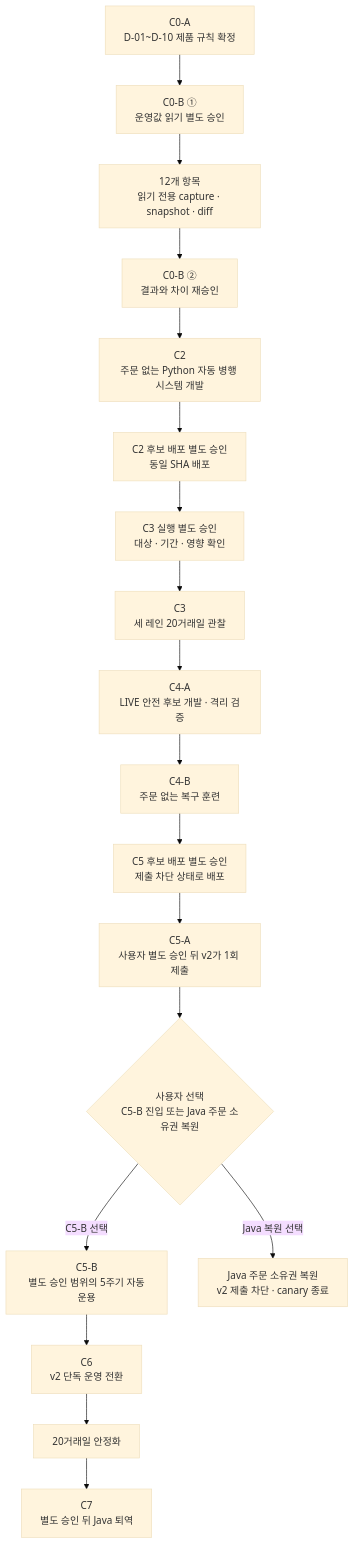
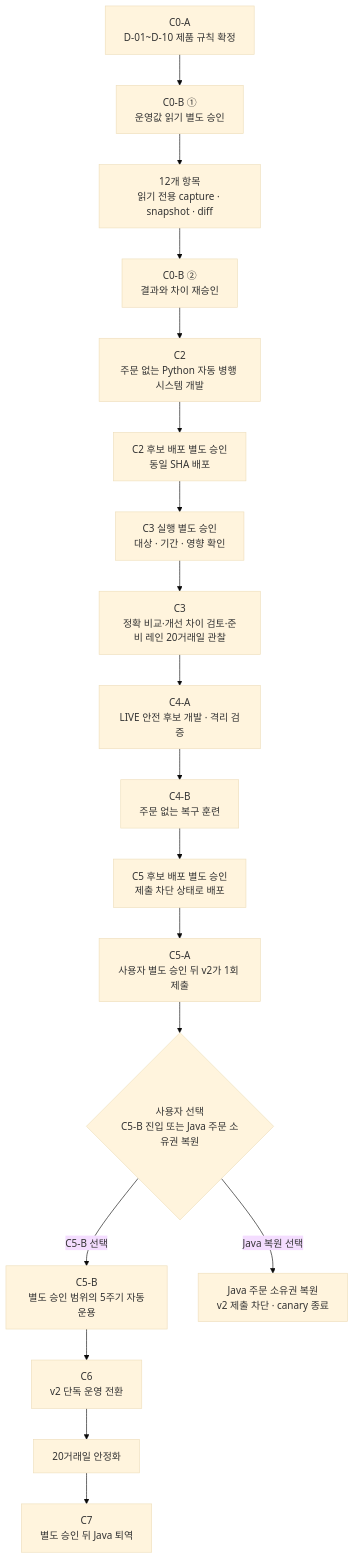
The diagram in docs/v2-cutover/IMPLEMENTATION_RUNWAY.md (ksi2564/systematic-trading), drawn with Mermaid (base theme) before and after one commit. The commit also changed other lines of this file and 12 other files, not shown here.

````diff
--- a/docs/v2-cutover/IMPLEMENTATION_RUNWAY.md
+++ b/docs/v2-cutover/IMPLEMENTATION_RUNWAY.md
@@ -19,20 +19,20 @@
 ```mermaid
 flowchart TD
     A["C0-A<br/>D-01~D-10 제품 규칙 확정"] --> B["C0-B ①<br/>운영값 읽기 별도 승인"]
     B --> C["12개 항목<br/>읽기 전용 capture · snapshot · diff"]
     C --> D["C0-B ②<br/>결과와 차이 재승인"]
     D --> E["C2<br/>주문 없는 Python 자동 병행 시스템 개발"]
     E --> F["C2 후보 배포 별도 승인<br/>동일 SHA 배포"]
     F --> G["C3 실행 별도 승인<br/>대상 · 기간 · 영향 확인"]
-    G --> H["C3<br/>세 레인 20거래일 관찰"]
+    G --> H["C3<br/>정확 비교·개선 차이 검토·준비 레인 20거래일 관찰"]
     H --> I["C4-A<br/>LIVE 안전 후보 개발 · 격리 검증"]
     I --> J["C4-B<br/>주문 없는 복구 훈련"]
     J --> K["C5 후보 배포 별도 승인<br/>제출 차단 상태로 배포"]
     K --> L["C5-A<br/>사용자 별도 승인 뒤 v2가 1회 제출"]
     L --> M{"사용자 선택<br/>C5-B 진입 또는 Java 주문 소유권 복원"}
     M -->|C5-B 선택| N["C5-B<br/>별도 승인 범위의 5주기 자동운용"]
     M -->|Java 복원 선택| R["Java 주문 소유권 복원<br/>v2 제출 차단 · canary 종료"]
     N --> O["C6<br/>v2 단독 운영 전환"]
     O --> P["20거래일 안정화"]
     P --> Q["C7<br/>별도 승인 뒤 Java 퇴역"]
 ```
````
